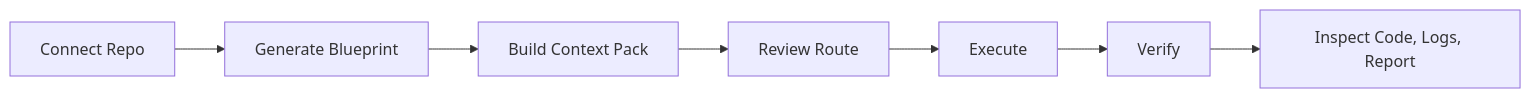
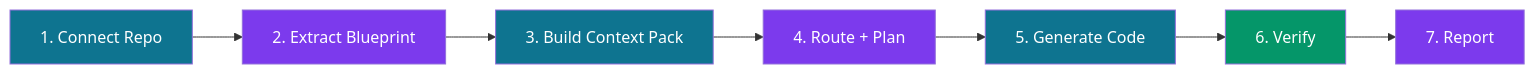
The first of 7 diagrams in README.md (obelaiquality/agentic_workforce), drawn with Mermaid before and after one commit. The commit also changed other lines of this file and 7 other files, not shown here.

First line of the commit message:
Comprehensive README with architecture diagrams and screenshots, roadmap updates

````diff
--- a/README.md
+++ b/README.md
@@ -264,9 +45,17 @@
 ```mermaid
 flowchart LR
-  A["Connect Repo"] --> B["Generate Blueprint"]
-  B --> C["Build Context Pack"]
-  C --> D["Review Route"]
-  D --> E["Execute"]
-  E --> F["Verify"]
-  F --> G["Inspect Code, Logs, Report"]
+  A["1. Connect Repo"] --> B["2. Extract Blueprint"]
+  B --> C["3. Build Context Pack"]
+  C --> D["4. Route + Plan"]
+  D --> E["5. Generate Code"]
+  E --> F["6. Verify"]
+  F --> G["7. Report"]
+
+  style A fill:#0e7490,color:#fff
+  style B fill:#7c3aed,color:#fff
+  style C fill:#0e7490,color:#fff
+  style D fill:#7c3aed,color:#fff
+  style E fill:#0e7490,color:#fff
+  style F fill:#059669,color:#fff
+  style G fill:#7c3aed,color:#fff
 ```
````
